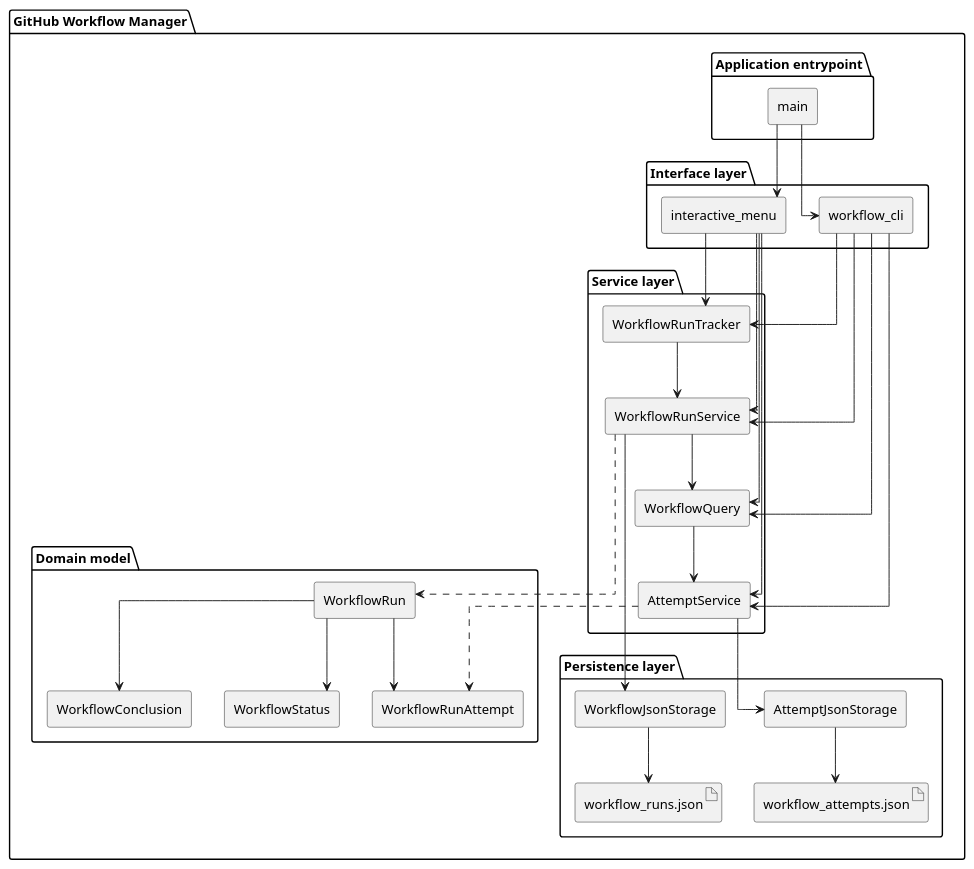
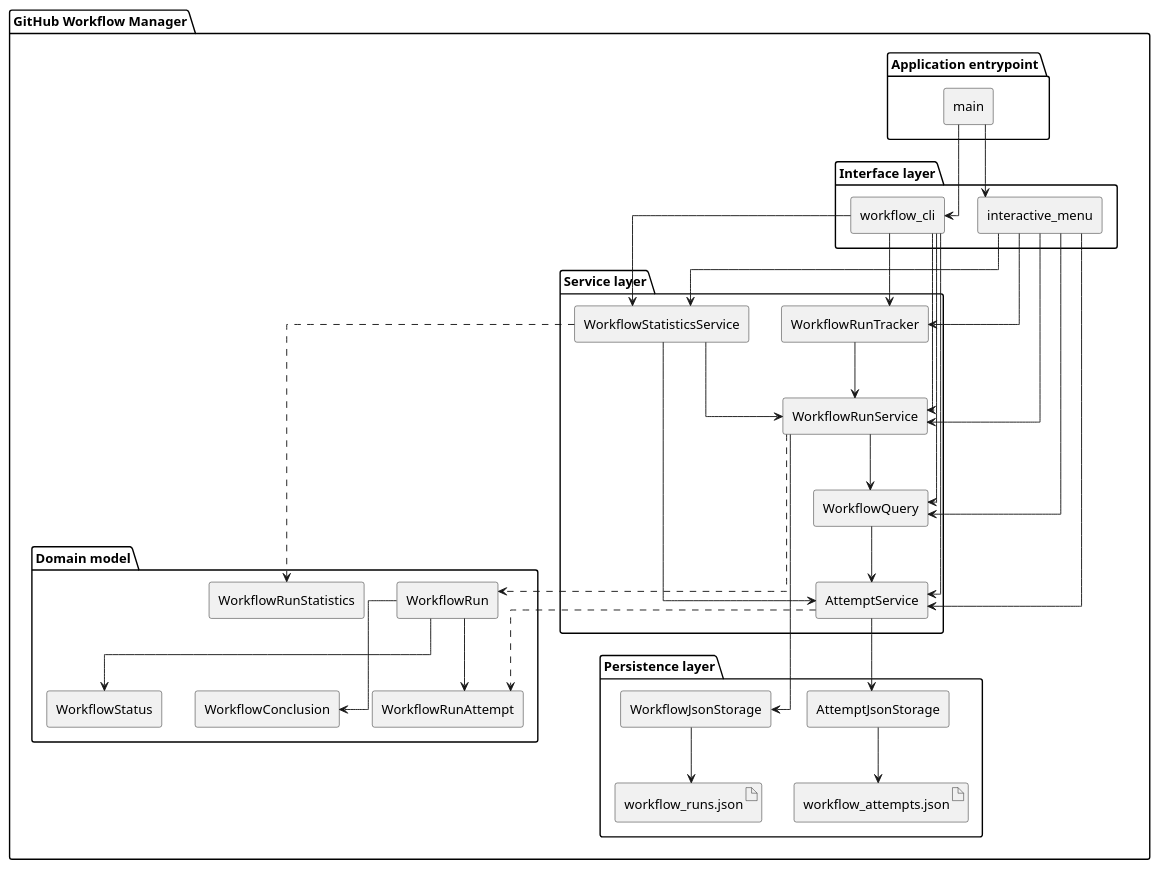
The diagram in experiments/broadcast/user_stories/github-workflow-manager/artifacts/component_diagram.puml (DanielRiha8906/Software_autoevolution_using_agents), drawn with PlantUML before and after one commit. The commit also changed 10 other files, not shown here.

```diff
--- a/experiments/broadcast/user_stories/github-workflow-manager/artifacts/component_diagram.puml
+++ b/experiments/broadcast/user_stories/github-workflow-manager/artifacts/component_diagram.puml
@@ -1,69 +1,76 @@
 @startuml component_diagram
 
 skinparam componentStyle rectangle
 skinparam linetype ortho
 top to bottom direction
 
 package "GitHub Workflow Manager" {
 
   package "Application entrypoint" {
     component "main" as MAIN
   }
 
   package "Interface layer" {
     component "workflow_cli" as CLI
     component "interactive_menu" as IM
   }
 
   package "Service layer" {
     component "WorkflowRunTracker" as TRACKER
     component "WorkflowRunService" as SVC
     component "WorkflowQuery" as QUERY
     component "AttemptService" as ASVC
+    component "WorkflowStatisticsService" as STATS
   }
 
   package "Persistence layer" {
     component "WorkflowJsonStorage" as STOR
     component "AttemptJsonStorage" as ASTOR
     artifact "workflow_runs.json" as JSON_FILE
     artifact "workflow_attempts.json" as ATTEMPT_FILE
   }
 
   package "Domain model" {
     component "WorkflowRun" as RUN
     component "WorkflowRunAttempt" as ATTEMPT
     component "WorkflowStatus" as STATUS
     component "WorkflowConclusion" as CONCLUSION
+    component "WorkflowRunStatistics" as STATS_MODEL
   }
 }
 
 MAIN --> CLI
 MAIN --> IM
 
 CLI --> TRACKER
 CLI --> ASVC
 CLI --> QUERY
+CLI --> STATS
 IM --> TRACKER
 IM --> ASVC
 IM --> QUERY
+IM --> STATS
 
 CLI --> SVC
 IM --> SVC
 
 QUERY --> ASVC
 SVC --> QUERY
 
 TRACKER --> SVC
 SVC --> STOR
 STOR --> JSON_FILE
 
 ASVC --> ASTOR
 ASTOR --> ATTEMPT_FILE
 
 SVC ..> RUN
 ASVC ..> ATTEMPT
+STATS --> SVC
+STATS --> ASVC
+STATS ..> STATS_MODEL
 RUN --> ATTEMPT
 RUN --> STATUS
 RUN --> CONCLUSION
 
 @enduml
```
